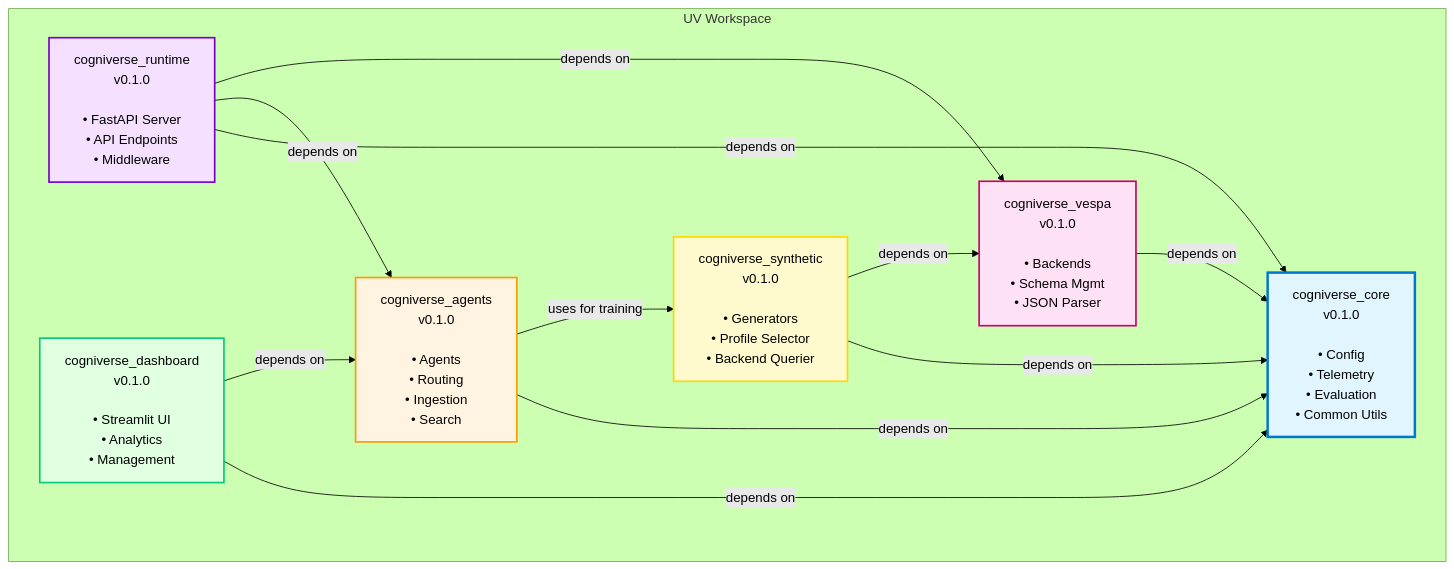
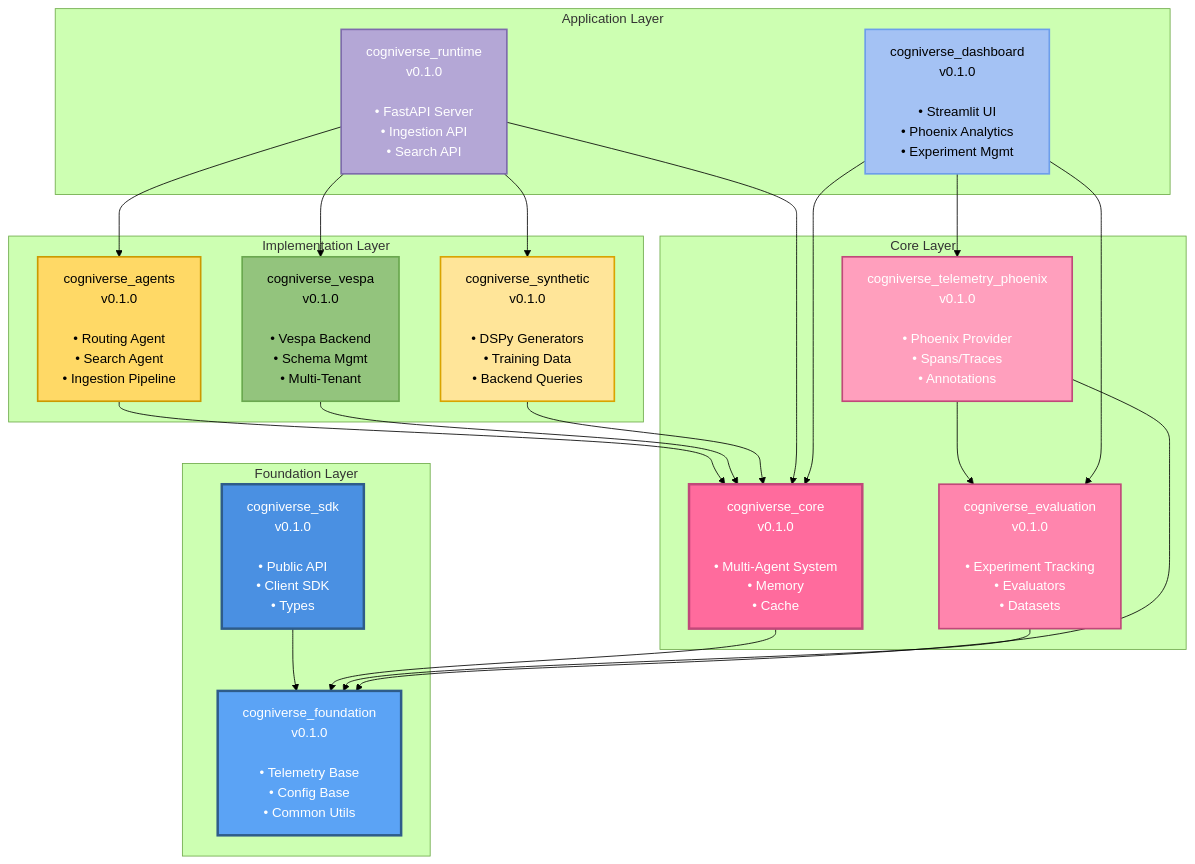
Before and after one commit to amit-jain/cogniverse: the first of 17 diagrams in docs/diagrams/sdk-architecture-diagrams.md, drawn with Mermaid (forest theme). The commit also changed other lines of this file and 49 other files, not shown here.

First line of the commit message:
Update all documentation to reflect 10-package architecture

````diff
--- a/docs/diagrams/sdk-architecture-diagrams.md
+++ b/docs/diagrams/sdk-architecture-diagrams.md
@@ -21,29 +21,65 @@
 ```mermaid
 graph TB
-    subgraph "UV Workspace"
-        Core[cogniverse_core<br/>v0.1.0<br/><br/>• Config<br/>• Telemetry<br/>• Evaluation<br/>• Common Utils]
-        Agents[cogniverse_agents<br/>v0.1.0<br/><br/>• Agents<br/>• Routing<br/>• Ingestion<br/>• Search]
-        Vespa[cogniverse_vespa<br/>v0.1.0<br/><br/>• Backends<br/>• Schema Mgmt<br/>• JSON Parser]
-        Synthetic[cogniverse_synthetic<br/>v0.1.0<br/><br/>• Generators<br/>• Profile Selector<br/>• Backend Querier]
-        Runtime[cogniverse_runtime<br/>v0.1.0<br/><br/>• FastAPI Server<br/>• API Endpoints<br/>• Middleware]
-        Dashboard[cogniverse_dashboard<br/>v0.1.0<br/><br/>• Streamlit UI<br/>• Analytics<br/>• Management]
+    subgraph "Foundation Layer"
+        SDK[cogniverse_sdk<br/>v0.1.0<br/><br/>• Public API<br/>• Client SDK<br/>• Types]
+        Foundation[cogniverse_foundation<br/>v0.1.0<br/><br/>• Telemetry Base<br/>• Config Base<br/>• Common Utils]
     end
 
-    Agents -->|depends on| Core
-    Vespa -->|depends on| Core
-    Synthetic -->|depends on| Core
-    Synthetic -->|depends on| Vespa
-    Runtime -->|depends on| Core
-    Runtime -->|depends on| Agents
-    Runtime -->|depends on| Vespa
-    Dashboard -->|depends on| Core
-    Dashboard -->|depends on| Agents
-    Agents -->|uses for training| Synthetic
+    subgraph "Core Layer"
+        Core[cogniverse_core<br/>v0.1.0<br/><br/>• Multi-Agent System<br/>• Memory<br/>• Cache]
+        Evaluation[cogniverse_evaluation<br/>v0.1.0<br/><br/>• Experiment Tracking<br/>• Evaluators<br/>• Datasets]
+        Phoenix[cogniverse_telemetry_phoenix<br/>v0.1.0<br/><br/>• Phoenix Provider<br/>• Spans/Traces<br/>• Annotations]
+    end
 
-    style Core fill:#e1f5ff,stroke:#0077cc,stroke-width:3px
-    style Agents fill:#fff4e1,stroke:#ff9900,stroke-width:2px
-    style Vespa fill:#ffe1f5,stroke:#cc0077,stroke-width:2px
-    style Synthetic fill:#fffacd,stroke:#ffd700,stroke-width:2px
-    style Runtime fill:#f5e1ff,stroke:#7700cc,stroke-width:2px
-    style Dashboard fill:#e1ffe1,stroke:#00cc77,stroke-width:2px
+    subgraph "Implementation Layer"
+        Agents[cogniverse_agents<br/>v0.1.0<br/><br/>• Routing Agent<br/>• Search Agent<br/>• Ingestion Pipeline]
+        Vespa[cogniverse_vespa<br/>v0.1.0<br/><br/>• Vespa Backend<br/>• Schema Mgmt<br/>• Multi-Tenant]
+        Synthetic[cogniverse_synthetic<br/>v0.1.0<br/><br/>• DSPy Generators<br/>• Training Data<br/>• Backend Queries]
+    end
+
+    subgraph "Application Layer"
+        Runtime[cogniverse_runtime<br/>v0.1.0<br/><br/>• FastAPI Server<br/>• Ingestion API<br/>• Search API]
+        Dashboard[cogniverse_dashboard<br/>v0.1.0<br/><br/>• Streamlit UI<br/>• Phoenix Analytics<br/>• Experiment Mgmt]
+    end
+
+    %% Foundation Layer dependencies
+    SDK --> Foundation
+
+    %% Core Layer dependencies
+    Core --> Foundation
+    Evaluation --> Foundation
+    Phoenix --> Foundation
+    Phoenix --> Evaluation
+
+    %% Implementation Layer dependencies
+    Agents --> Core
+    Vespa --> Core
+    Synthetic --> Core
+
+    %% Application Layer dependencies
+    Runtime --> Core
+    Runtime --> Agents
+    Runtime --> Vespa
+    Runtime --> Synthetic
+    Dashboard --> Core
+    Dashboard --> Evaluation
+    Dashboard --> Phoenix
+
+    %% Styling - Foundation Layer (blue)
+    style SDK fill:#4A90E2,stroke:#2E5C8A,stroke-width:3px,color:#fff
+    style Foundation fill:#5BA3F5,stroke:#2E5C8A,stroke-width:3px,color:#fff
+
+    %% Styling - Core Layer (pink)
+    style Core fill:#FF6B9D,stroke:#C1487A,stroke-width:3px,color:#fff
+    style Evaluation fill:#FF85AD,stroke:#C1487A,stroke-width:2px,color:#fff
+    style Phoenix fill:#FF9FBD,stroke:#C1487A,stroke-width:2px,color:#fff
+
+    %% Styling - Implementation Layer (yellow/green)
+    style Agents fill:#FFD966,stroke:#CC9900,stroke-width:2px
+    style Vespa fill:#93C47D,stroke:#6AA84F,stroke-width:2px
+    style Synthetic fill:#FFE599,stroke:#D9A300,stroke-width:2px
+
+    %% Styling - Application Layer (light blue/purple)
+    style Runtime fill:#B4A7D6,stroke:#7E6BAD,stroke-width:2px,color:#fff
+    style Dashboard fill:#A4C2F4,stroke:#6D9EEB,stroke-width:2px
 ```
````
